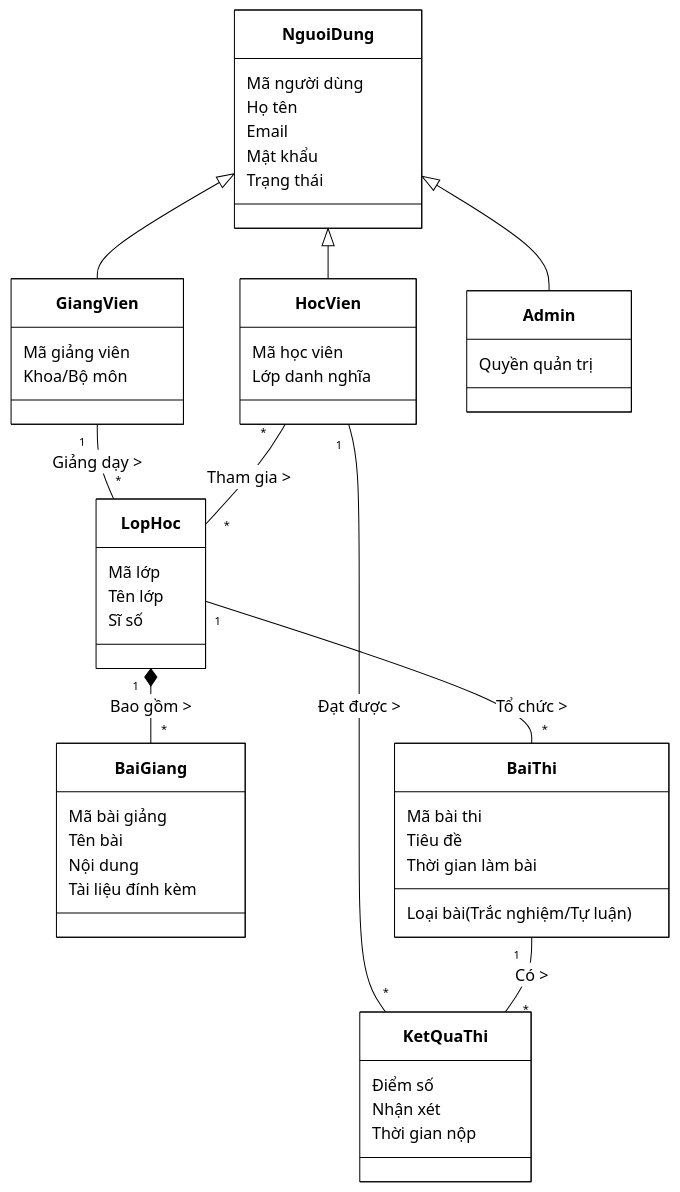
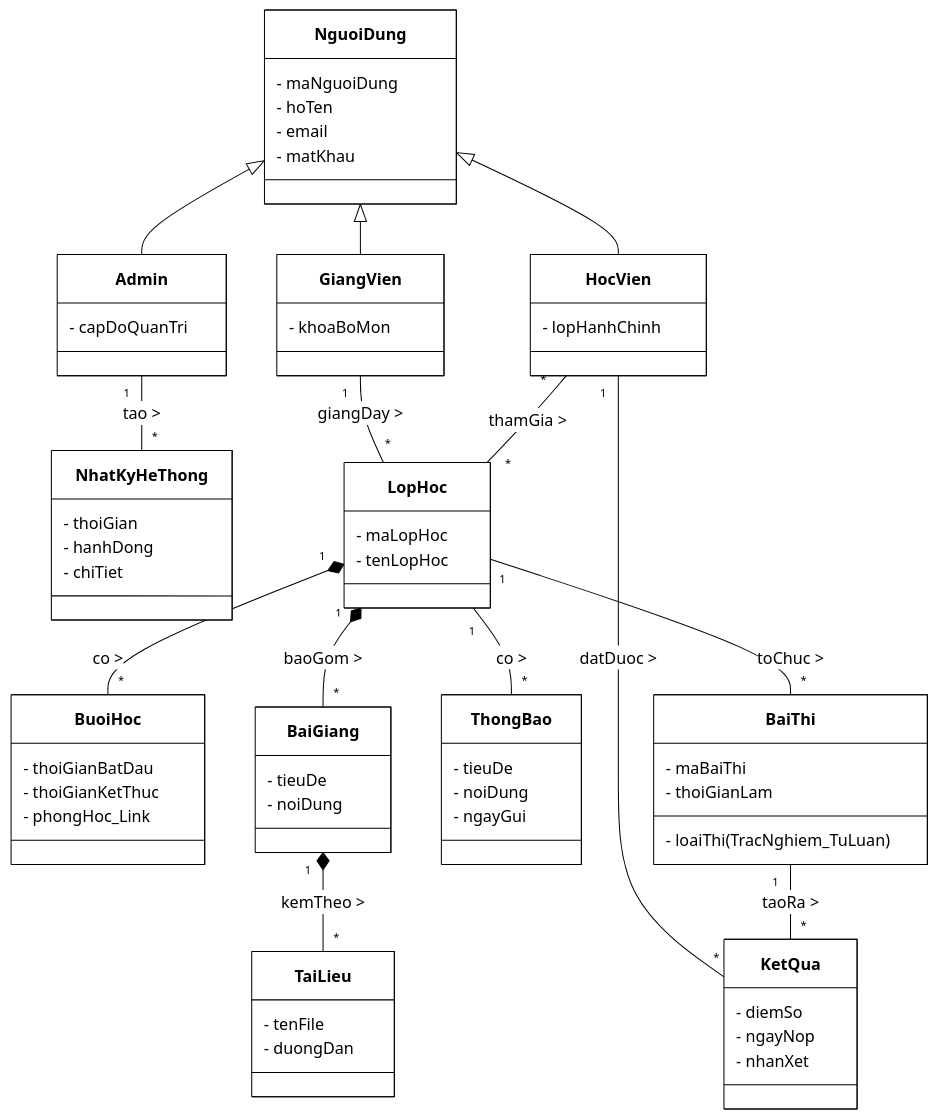
The diagram in MohinhMien.md (NguyenViet-281205/PTTKHT), drawn with Mermaid before and after one commit.

````diff
--- a/MohinhMien.md
+++ b/MohinhMien.md
@@ -1,58 +1,81 @@
 ```mermaid
-%%{init: { 'theme': 'base', 'themeVariables': { 'primaryColor': '#ffffff', 'primaryBorderColor': '#000000', 'lineColor': '#000000', 'textColor': '#000000', 'actorBkg': '#ffffff', 'actorBorder': '#000000', 'signalColor': '#000000', 'signalTextColor': '#000000', 'activationBorderColor': '#000000', 'activationBkgColor': '#e0e0e0', 'noteBkgColor': '#ffffff', 'noteBorderColor': '#000000' } } }%%
+%%{init: { 'theme': 'base', 'themeVariables': { 'primaryColor': '#ffffff', 'primaryBorderColor': '#000000', 'lineColor': '#000000', 'textColor': '#000000', 'actorBkg': '#ffffff', 'actorBorder': '#000000', 'actorLineColor': '#cccccc', 'signalColor': '#000000', 'signalTextColor': '#000000', 'activationBorderColor': '#000000', 'activationBkgColor': '#e0e0e0', 'noteBkgColor': '#ffffff', 'noteBorderColor': '#000000' } } }%%
 classDiagram
-    %% Khai báo các thực thể
+    %% --- NHÓM NGƯỜI DÙNG (Use Case: Đăng nhập, Quản lý hệ thống) ---
     class NguoiDung {
-        Mã người dùng
-        Họ tên
-        Email
-        Mật khẩu
-        Trạng thái
+        - maNguoiDung
+        - hoTen
+        - email
+        - matKhau
     }
     class HocVien {
-        Mã học viên
-        Lớp danh nghĩa
+        - lopHanhChinh
     }
     class GiangVien {
-        Mã giảng viên
-        Khoa/Bộ môn
+        - khoaBoMon
     }
     class Admin {
-        Quyền quản trị
+        - capDoQuanTri
     }
+    class NhatKyHeThong {
+        - thoiGian
+        - hanhDong
+        - chiTiet
+    }
+
+    %% --- NHÓM ĐÀO TẠO (Use Case: Xem bài giảng, Quản lý lớp học, Thời khóa biểu) ---
     class LopHoc {
-        Mã lớp
-        Tên lớp
-        Sĩ số
+        - maLopHoc
+        - tenLopHoc
+    }
+    class BuoiHoc {
+        - thoiGianBatDau
+        - thoiGianKetThuc
+        - phongHoc_Link
     }
     class BaiGiang {
-        Mã bài giảng
-        Tên bài
-        Nội dung
-        Tài liệu đính kèm
+        - tieuDe
+        - noiDung
     }
-    class BaiThi {
-        Mã bài thi
-        Tiêu đề
-        Thời gian làm bài
-        Loại bài (Trắc nghiệm/Tự luận)
+    class TaiLieu {
+        - tenFile
+        - duongDan
     }
-    class KetQuaThi {
-        Điểm số
-        Nhận xét
-        Thời gian nộp
+    class ThongBao {
+        - tieuDe
+        - noiDung
+        - ngayGui
     }
 
-    %% Mối quan hệ Kế thừa
+    %% --- NHÓM ĐÁNH GIÁ (Use Case: Thi, Quản lý tiến độ) ---
+    class BaiThi {
+        - maBaiThi
+        - thoiGianLam
+        - loaiThi (TracNghiem_TuLuan)
+    }
+    class KetQua {
+        - diemSo
+        - ngayNop
+        - nhanXet
+    }
+
+    %% --- QUAN HỆ ---
     NguoiDung <|-- HocVien
     NguoiDung <|-- GiangVien
     NguoiDung <|-- Admin
+    
+    Admin "1" -- "*" NhatKyHeThong : tao >
 
-    %% Mối quan hệ Kết hợp
-    GiangVien "1" -- "*" LopHoc : Giảng dạy >
-    HocVien "*" -- "*" LopHoc : Tham gia >
-    LopHoc "1" *-- "*" BaiGiang : Bao gồm >
-    LopHoc "1" -- "*" BaiThi : Tổ chức >
-    HocVien "1" -- "*" KetQuaThi : Đạt được >
-    BaiThi "1" -- "*" KetQuaThi : Có >
+    GiangVien "1" -- "*" LopHoc : giangDay >
+    HocVien "*" -- "*" LopHoc : thamGia >
+    
+    LopHoc "1" *-- "*" BuoiHoc : co >
+    LopHoc "1" *-- "*" BaiGiang : baoGom >
+    LopHoc "1" -- "*" BaiThi : toChuc >
+    LopHoc "1" -- "*" ThongBao : co >
+
+    BaiGiang "1" *-- "*" TaiLieu : kemTheo >
+    
+    HocVien "1" -- "*" KetQua : datDuoc >
+    BaiThi "1" -- "*" KetQua : taoRa >
 ```
````
